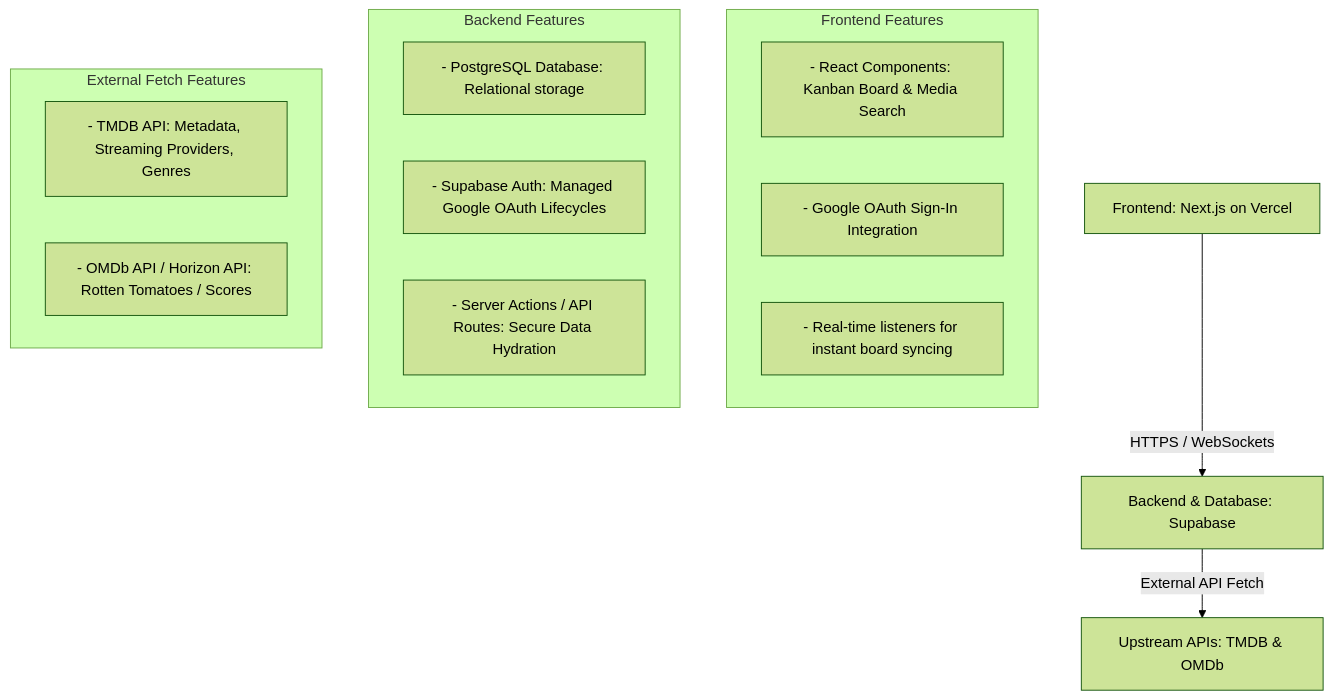
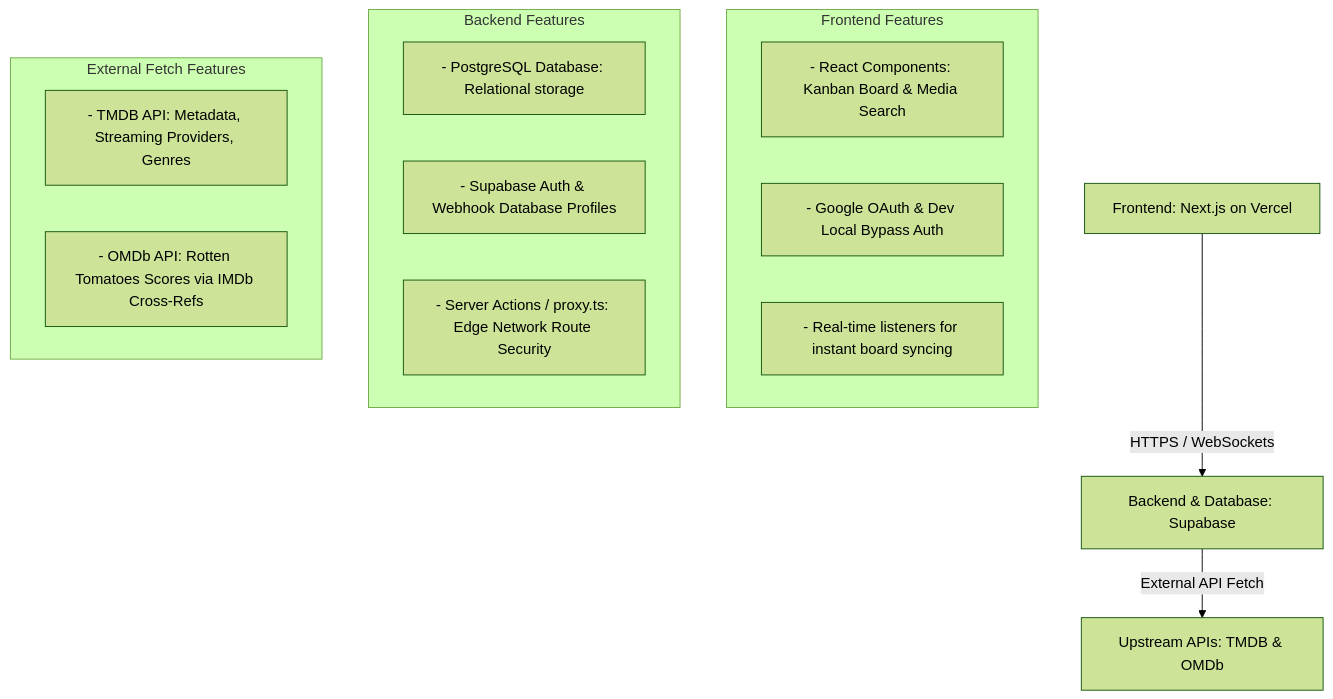
The diagram in GEMINI.md (divisiblebyzero-uk/dbz-tvt), drawn with Mermaid (forest theme) before and after one commit. The commit also changed other lines of this file and 19 other files, not shown here.

````diff
--- a/GEMINI.md
+++ b/GEMINI.md
@@ -9,22 +9,22 @@
 ```mermaid
 graph TD
     A[Frontend: Next.js on Vercel] -->|HTTPS / WebSockets| B[Backend & Database: Supabase]
     B -->|External API Fetch| C[Upstream APIs: TMDB & OMDb]
 
     subgraph Frontend Features
     A1[- React Components: Kanban Board & Media Search]
-    A2[- Google OAuth Sign-In Integration]
+    A2[- Google OAuth & Dev Local Bypass Auth]
     A3[- Real-time listeners for instant board syncing]
     end
 
     subgraph Backend Features
     B1[- PostgreSQL Database: Relational storage]
-    B2[- Supabase Auth: Managed Google OAuth Lifecycles]
-    B3[- Server Actions / API Routes: Secure Data Hydration]
+    B2[- Supabase Auth & Webhook Database Profiles]
+    B3[- Server Actions / proxy.ts: Edge Network Route Security]
     end
 
     subgraph External Fetch Features
     C1[- TMDB API: Metadata, Streaming Providers, Genres]
-    C2[- OMDb API / Horizon API: Rotten Tomatoes / Scores]
+    C2[- OMDb API: Rotten Tomatoes Scores via IMDb Cross-Refs]
     end
 ```
````
